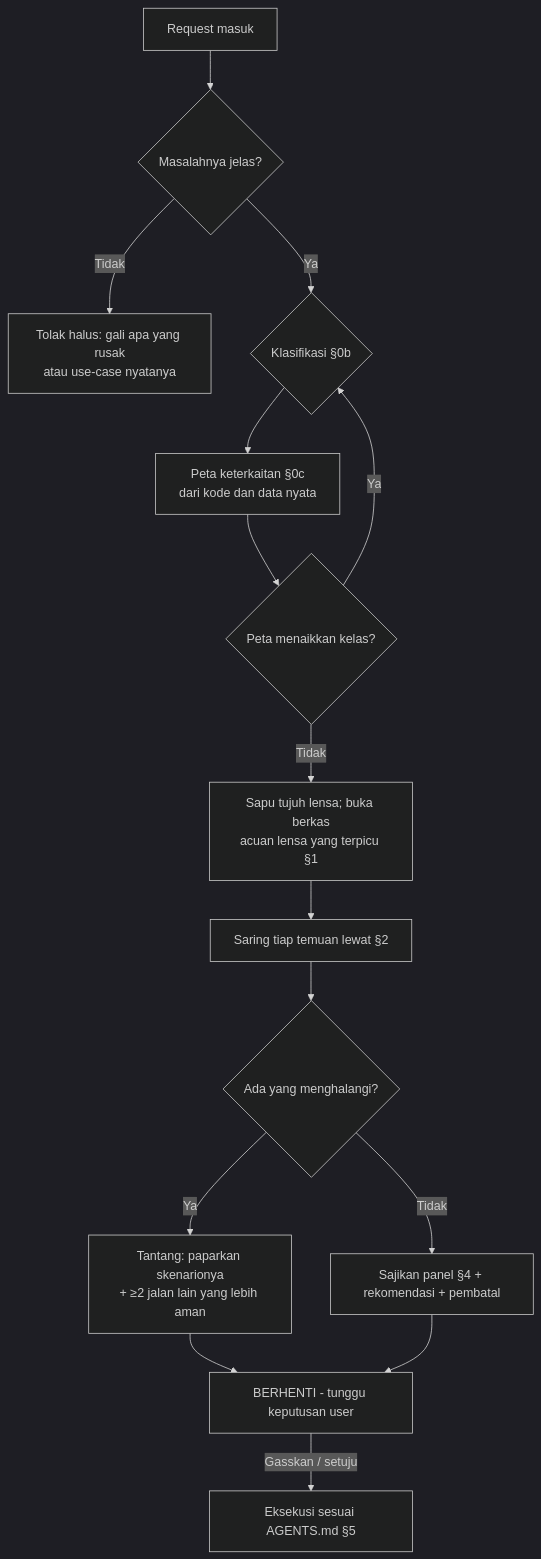
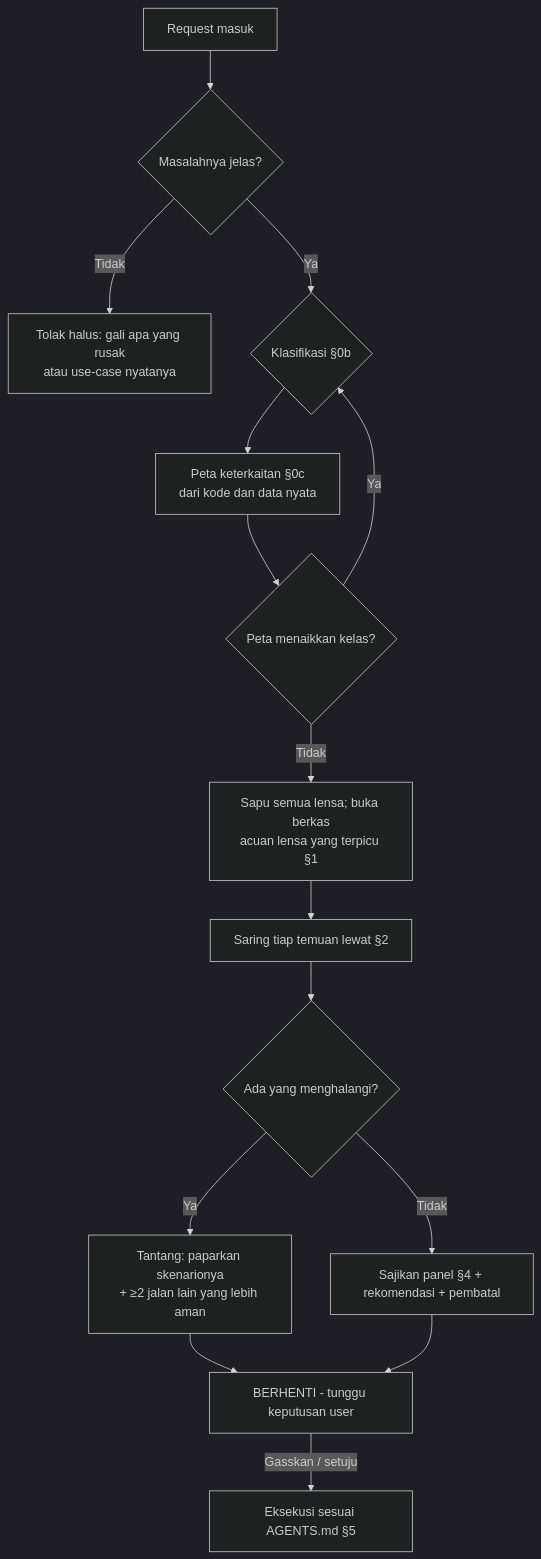
One commit to muhananaufal/antigravity-config changed the diagram in skills/meta-panel/SKILL.md. Above: the diagram before and after it, drawn with Mermaid (dark theme). The commit also changed other lines of this file and 5 other files, not shown here.

````diff
--- a/skills/meta-panel/SKILL.md
+++ b/skills/meta-panel/SKILL.md
@@ -132,17 +138,17 @@
 ```mermaid
 flowchart TD
     A[Request masuk] --> B{Masalahnya jelas?}
     B -- Tidak --> C["Tolak halus: gali apa yang rusak<br/>atau use-case nyatanya"]
     B -- Ya --> K{"Klasifikasi §0b"}
     K --> M["Peta keterkaitan §0c<br/>dari kode dan data nyata"]
     M --> N{Peta menaikkan kelas?}
     N -- Ya --> K
-    N -- Tidak --> L["Sapu tujuh lensa; buka berkas<br/>acuan lensa yang terpicu §1"]
+    N -- Tidak --> L["Sapu semua lensa; buka berkas<br/>acuan lensa yang terpicu §1"]
     L --> T["Saring tiap temuan lewat §2"]
     T --> F{Ada yang menghalangi?}
     F -- Ya --> G["Tantang: paparkan skenarionya<br/>+ ≥2 jalan lain yang lebih aman"]
     F -- Tidak --> H["Sajikan panel §4 + rekomendasi + pembatal"]
     G --> I[BERHENTI - tunggu keputusan user]
     H --> I
     I -- "Gasskan / setuju" --> J["Eksekusi sesuai AGENTS.md §5"]
 ```
````
